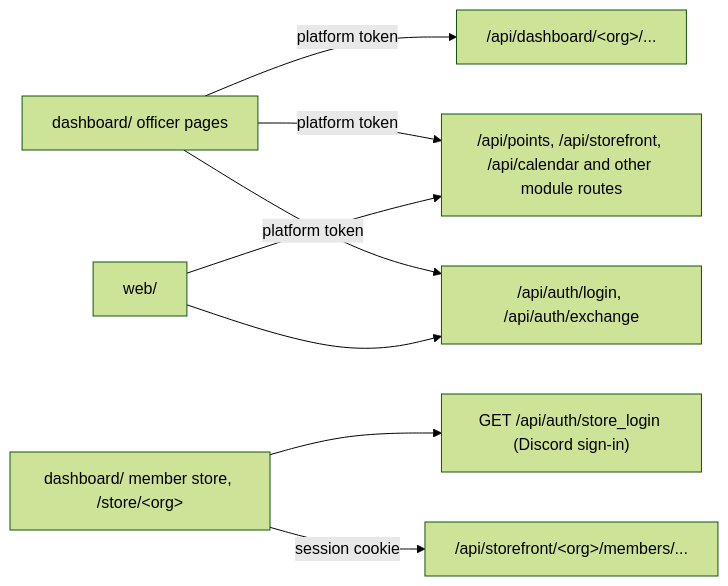
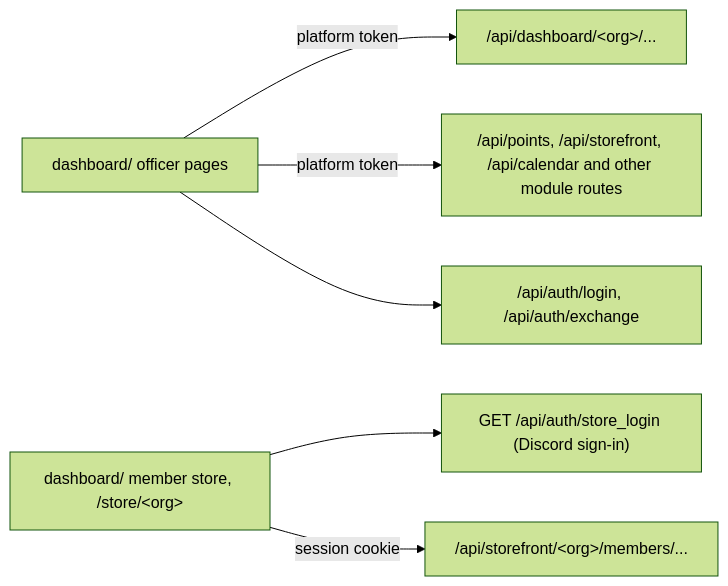
Before and after one commit to asusoda/soda-internal-api: the diagram in docs/frontends.md, drawn with Mermaid (forest theme). The commit also changed other lines of this file and 100 other files, not shown here.

````diff
--- a/docs/frontends.md
+++ b/docs/frontends.md
@@ -7,10 +7,8 @@
 ```mermaid
 flowchart LR
   officer["dashboard/ officer pages"] -->|"platform token"| dash["/api/dashboard/#lt;org#gt;/..."]
   officer -->|"platform token"| mods["/api/points, /api/storefront, /api/calendar and other module routes"]
   store["dashboard/ member store, /store/#lt;org#gt;"] --> login["GET /api/auth/store_login (Discord sign-in)"]
   store -->|"session cookie"| orders["/api/storefront/#lt;org#gt;/members/..."]
-  web["web/"] -->|"platform token"| mods
   officer --> auth["/api/auth/login, /api/auth/exchange"]
-  web --> auth
 ```
````
